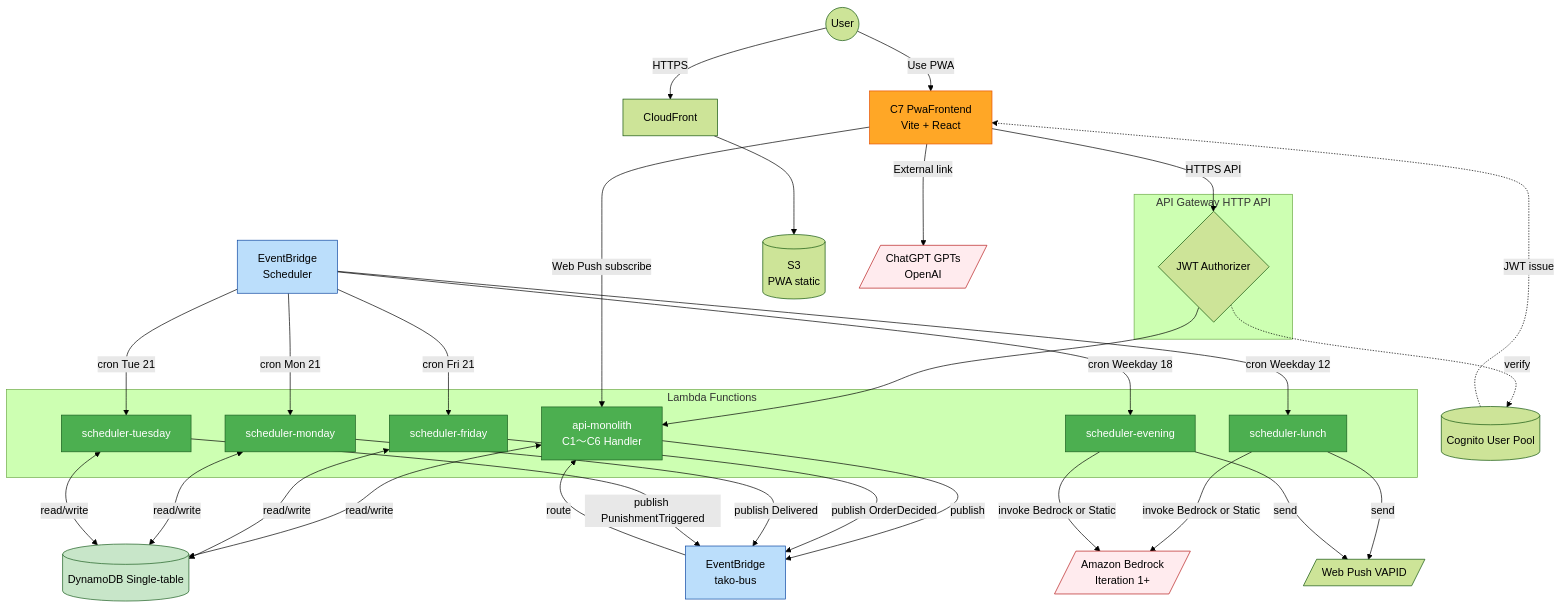
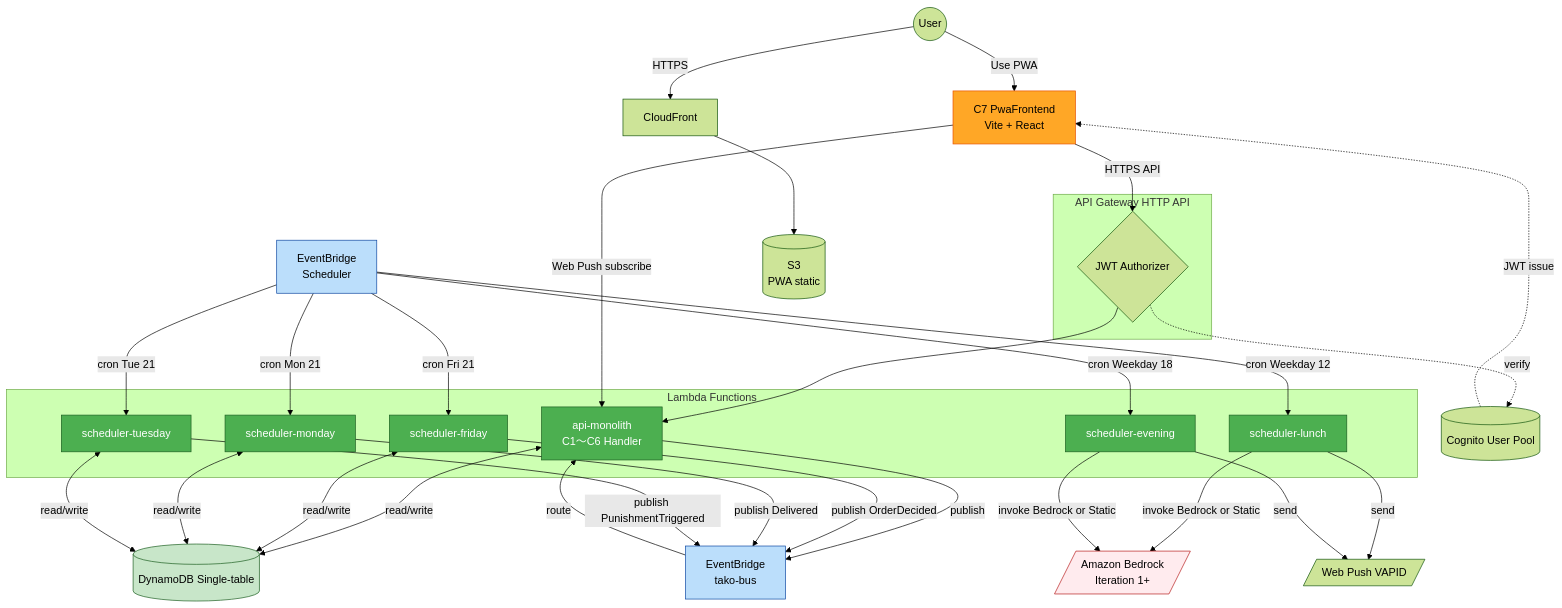
The first of 4 diagrams in aidlc-docs/inception/application-design/component-dependency.md (salsa-panda/tako-tues), drawn with Mermaid (forest theme) before and after one commit. The commit also changed other lines of this file and 19 other files, not shown here.

First line of the commit message:
FR-6.3 ChatGPT カスタム GPT スコープを全ドキュメントから削除

````diff
--- a/aidlc-docs/inception/application-design/component-dependency.md
+++ b/aidlc-docs/inception/application-design/component-dependency.md
@@ -57,73 +60,69 @@
 ```mermaid
 flowchart TB
     User((User))
     PWA[C7 PwaFrontend<br/>Vite + React]
     Cognito[(Cognito User Pool)]
 
     subgraph API["API Gateway HTTP API"]
         Authorizer{JWT Authorizer}
     end
 
     subgraph Lambda["Lambda Functions"]
         ApiMono[api-monolith<br/>C1〜C6 Handler]
         SchFri[scheduler-friday]
         SchMon[scheduler-monday]
         SchTue[scheduler-tuesday]
         SchLunch[scheduler-lunch]
         SchEve[scheduler-evening]
     end
 
     DDB[(DynamoDB Single-table)]
     EBBus[EventBridge<br/>tako-bus]
     EBSched[EventBridge<br/>Scheduler]
     Bedrock[/Amazon Bedrock<br/>Iteration 1+/]
     WebPush[/Web Push VAPID/]
     S3R[(S3<br/>PWA static)]
     CDN[CloudFront]
 
-    GPT[/ChatGPT GPTs<br/>OpenAI/]
-
     User -->|HTTPS| CDN --> S3R
     User -->|Use PWA| PWA
     PWA -->|HTTPS API| Authorizer --> ApiMono
     PWA -->|Web Push subscribe| ApiMono
-    PWA -->|External link| GPT
 
     Cognito -.->|JWT issue| PWA
     Authorizer -.->|verify| Cognito
 
     ApiMono <-->|read/write| DDB
     ApiMono -->|publish| EBBus
 
     EBSched -->|cron Fri 21| SchFri
     EBSched -->|cron Mon 21| SchMon
     EBSched -->|cron Tue 21| SchTue
     EBSched -->|cron Weekday 12| SchLunch
     EBSched -->|cron Weekday 18| SchEve
 
     SchFri -->|publish OrderDecided| EBBus
     SchFri <-->|read/write| DDB
     SchMon -->|publish Delivered| EBBus
     SchMon <-->|read/write| DDB
     SchTue -->|publish PunishmentTriggered| EBBus
     SchTue <-->|read/write| DDB
     SchLunch -->|invoke Bedrock or Static| Bedrock
     SchLunch -->|send| WebPush
     SchEve -->|invoke Bedrock or Static| Bedrock
     SchEve -->|send| WebPush
 
     EBBus -->|route| ApiMono
 
     style PWA fill:#FFA726,stroke:#E65100,color:#000
     style ApiMono fill:#4CAF50,stroke:#1B5E20,color:#fff
     style SchFri fill:#4CAF50,stroke:#1B5E20,color:#fff
     style SchMon fill:#4CAF50,stroke:#1B5E20,color:#fff
     style SchTue fill:#4CAF50,stroke:#1B5E20,color:#fff
     style SchLunch fill:#4CAF50,stroke:#1B5E20,color:#fff
     style SchEve fill:#4CAF50,stroke:#1B5E20,color:#fff
     style EBBus fill:#BBDEFB,stroke:#0D47A1,color:#000
     style EBSched fill:#BBDEFB,stroke:#0D47A1,color:#000
     style DDB fill:#C8E6C9,stroke:#1B5E20,color:#000
-    style GPT fill:#FFEBEE,stroke:#B71C1C,color:#000
     style Bedrock fill:#FFEBEE,stroke:#B71C1C,color:#000
 ```
````
